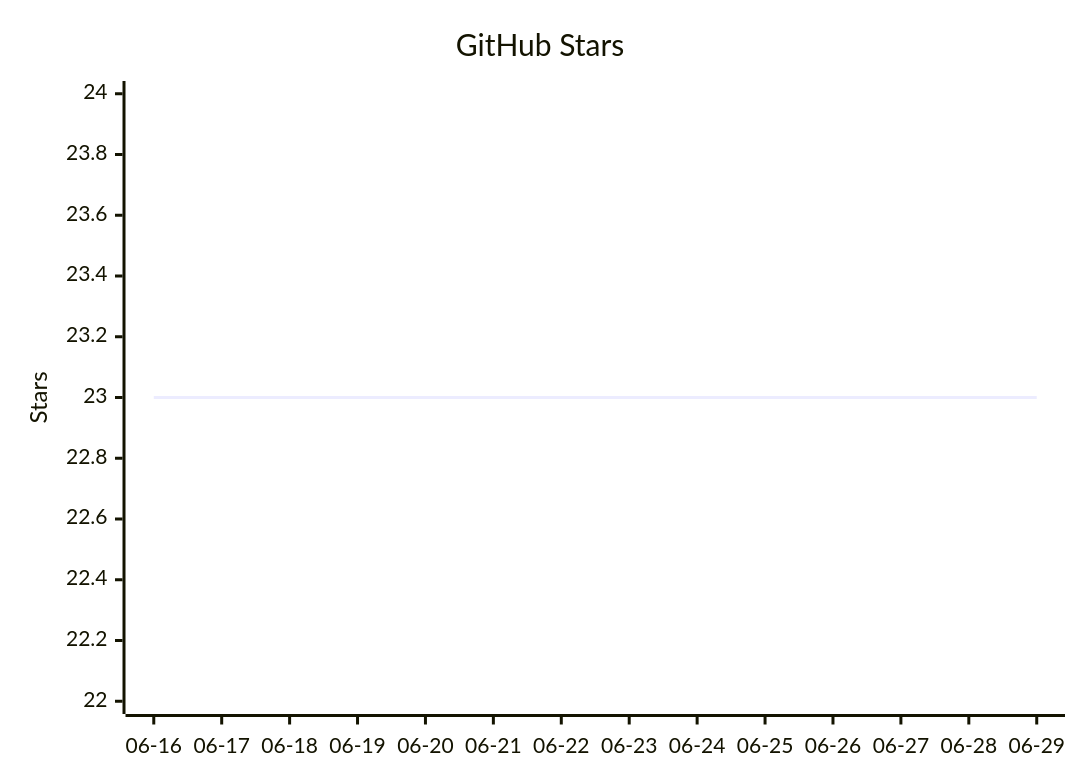
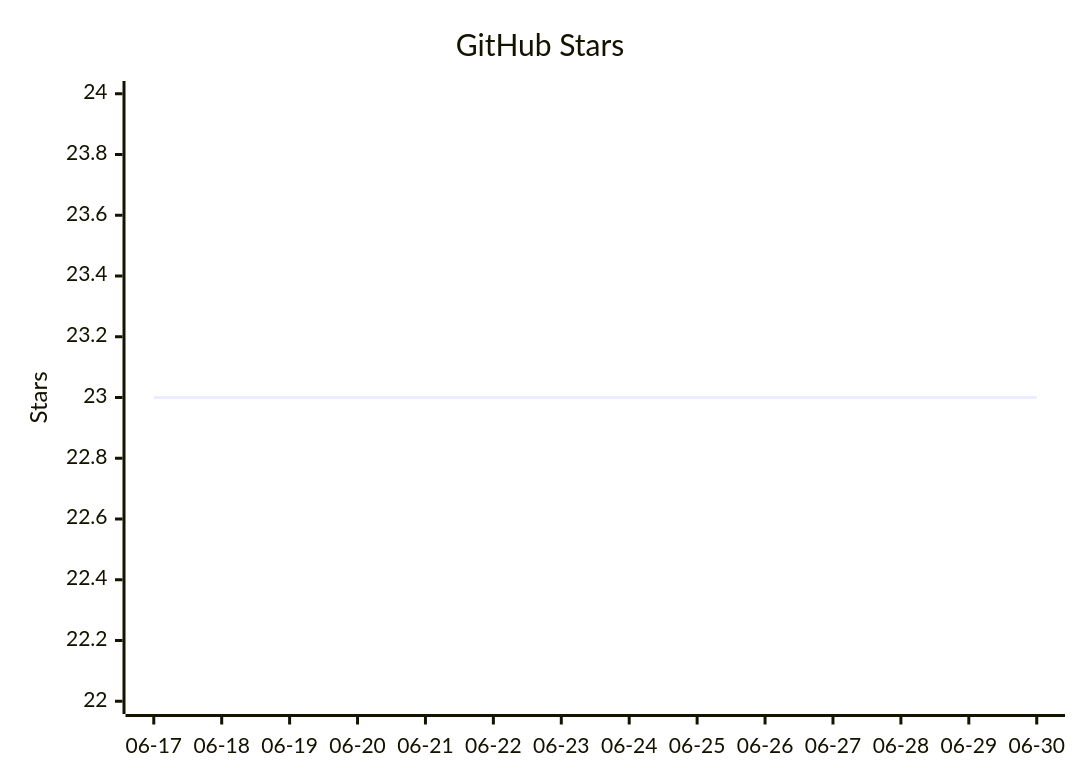
The diagram in README.mbt.md (vectie/moonclaw), drawn with Mermaid before and after one commit. The commit also changed other lines of this file and 1 other file, not shown here.

Commit message:
Update README star growth

````diff
--- a/README.mbt.md
+++ b/README.mbt.md
@@ -613,7 +613,7 @@
 ```mermaid
 xychart-beta
     title "GitHub Stars"
-    x-axis ["06-16","06-17","06-18","06-19","06-20","06-21","06-22","06-23","06-24","06-25","06-26","06-27","06-28","06-29"]
+    x-axis ["06-17","06-18","06-19","06-20","06-21","06-22","06-23","06-24","06-25","06-26","06-27","06-28","06-29","06-30"]
     y-axis "Stars" 22 --> 24
     line [23,23,23,23,23,23,23,23,23,23,23,23,23,23]
 ```
````
